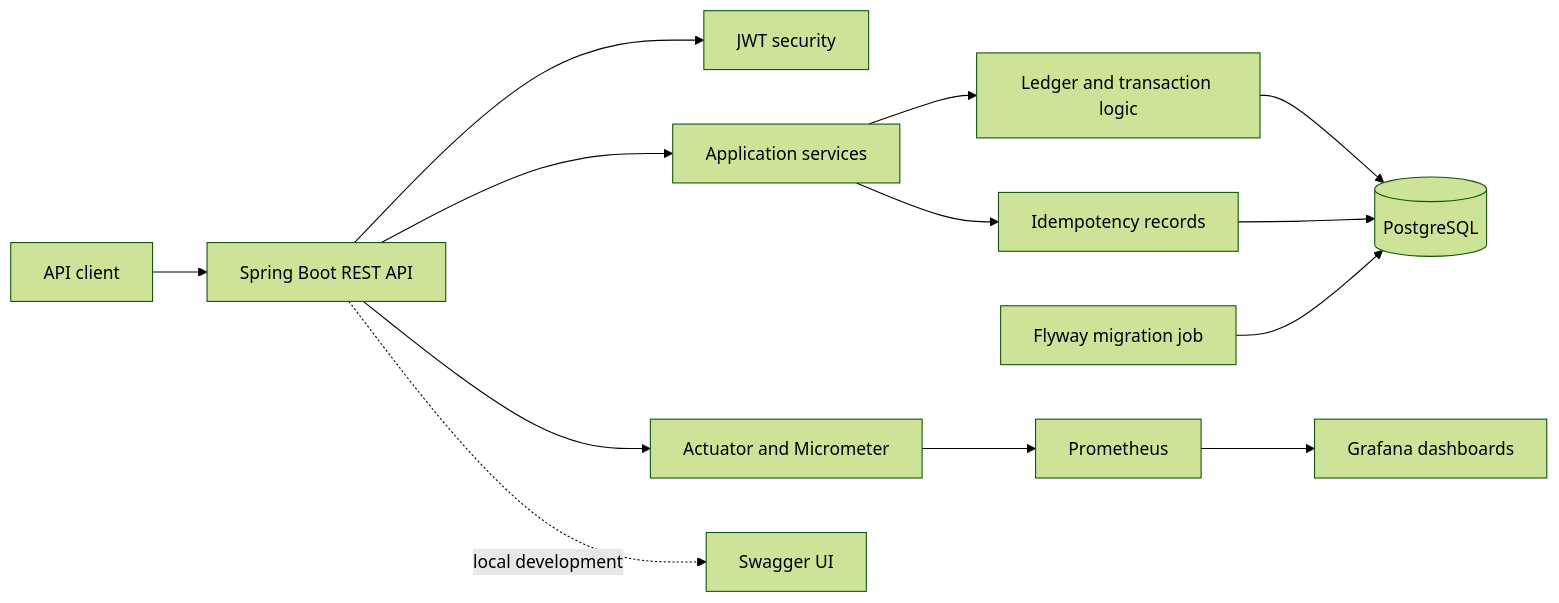
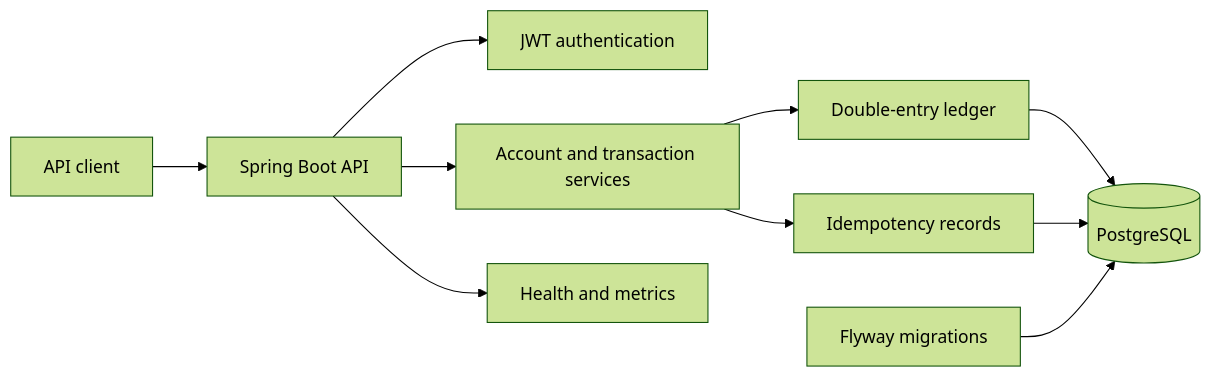
Before and after one commit to Priyadharsan-85/VaultStream: the first of 2 diagrams in README.md, drawn with Mermaid (forest theme). The commit also changed other lines of this file, not shown here.

````diff
--- a/README.md
+++ b/README.md
@@ -47,15 +36,12 @@
 ```mermaid
 flowchart LR
-    Client[API client] --> API[Spring Boot REST API]
-    API --> Auth[JWT security]
-    API --> Services[Application services]
-    Services --> Ledger[Ledger and transaction logic]
+    Client[API client] --> API[Spring Boot API]
+    API --> Auth[JWT authentication]
+    API --> Services[Account and transaction services]
+    Services --> Ledger[Double-entry ledger]
     Services --> Idempotency[Idempotency records]
     Ledger --> DB[(PostgreSQL)]
     Idempotency --> DB
-    Migrate[Flyway migration job] --> DB
-    API --> Metrics[Actuator and Micrometer]
-    Metrics --> Prometheus[Prometheus]
-    Prometheus --> Grafana[Grafana dashboards]
-    API -. local development .-> Swagger[Swagger UI]
+    Migrate[Flyway migrations] --> DB
+    API --> Monitoring[Health and metrics]
 ```
````
